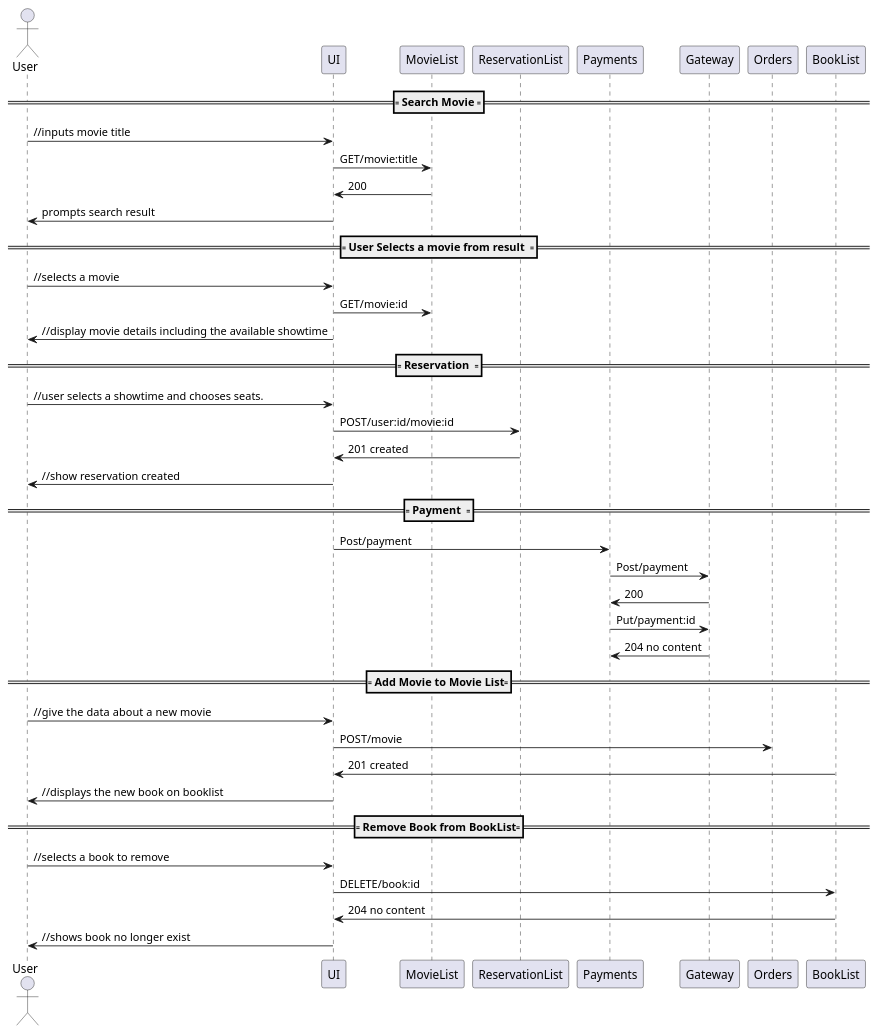
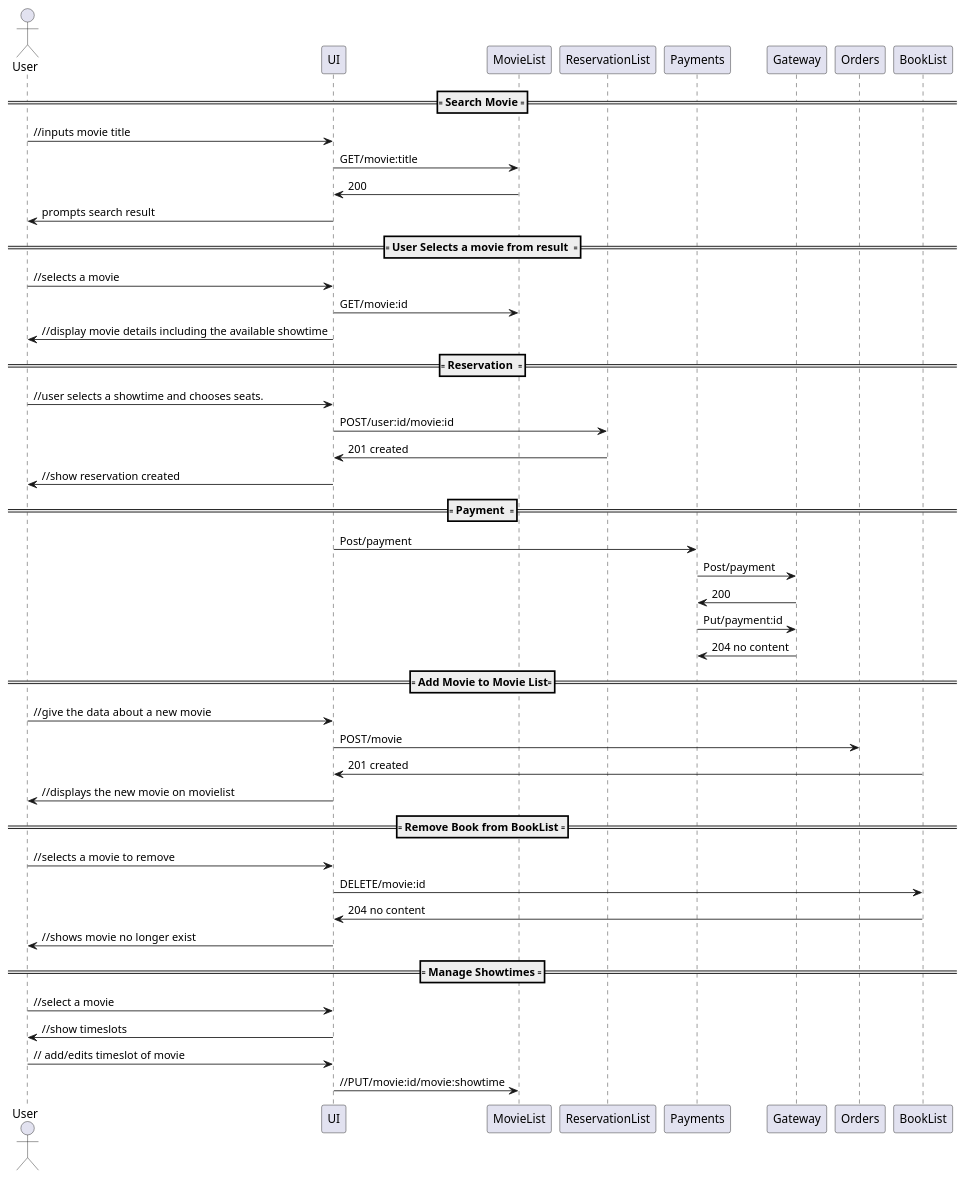
One commit to aparzero30/MovieTickets changed the diagram in movietickets.plantuml. Above: the diagram before and after it, drawn with PlantUML. The commit also changed 1 other file, not shown here.

```diff
--- a/movietickets.plantuml
+++ b/movietickets.plantuml
@@ -1,53 +1,59 @@
-@startuml Bookstore
+@startuml Movie Tickets
 actor User
 participant UI
 participant MovieList
 participant ReservationList
 participant Payments
 participant Gateway
 
 
 ==== Search Movie ====
 User -> UI: //inputs movie title
 UI -> MovieList: GET/movie:title
 MovieList -> UI: 200
 UI -> User: prompts search result
 
 ==== User Selects a movie from result  ====
 
 User -> UI : //selects a movie
 UI -> MovieList : GET/movie:id  
 UI -> User ://display movie details including the available showtime
 
 
 ==== Reservation  ====
 
 User -> UI : //user selects a showtime and chooses seats.
 UI -> ReservationList : POST/user:id/movie:id
 ReservationList -> UI: 201 created
 UI -> User: //show reservation created
 
 
 ==== Payment  ====
 UI -> Payments : Post/payment
 Payments ->  Gateway: Post/payment
 Gateway -> Payments: 200
 Payments ->  Gateway: Put/payment:id
 Gateway -> Payments: 204 no content
 
 
 ==== Add Movie to Movie List====
 User -> UI : //give the data about a new  movie
 UI -> Orders : POST/movie
 BookList ->  UI: 201 created
-UI -> User : //displays the new book on booklist
+UI -> User : //displays the new movie on movielist
 
-==== Remove Book from BookList====
-User -> UI : //selects a book to remove
-UI -> BookList : DELETE/book:id
+==== Remove Book from BookList ====
+User -> UI : //selects a movie to remove
+UI -> BookList : DELETE/movie:id
 BookList ->  UI: 204 no content
-UI -> User : //shows book no longer exist
+UI -> User : //shows movie no longer exist
+
+==== Manage Showtimes ====
+User -> UI : //select a movie 
+UI -> User : //show timeslots
+User -> UI : // add/edits timeslot of movie
+UI -> MovieList: //PUT/movie:id/movie:showtime
 
 
 
 @enduml 
```
